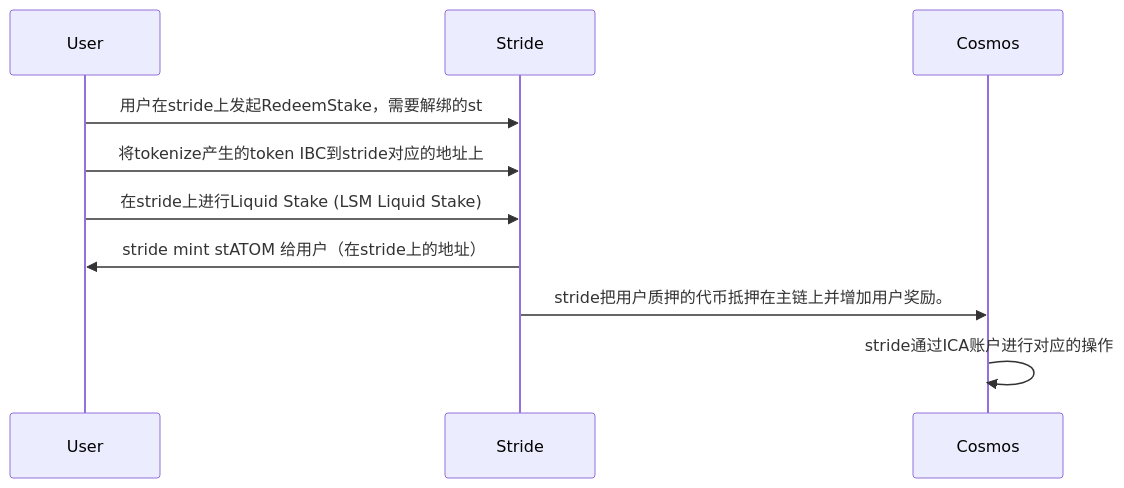
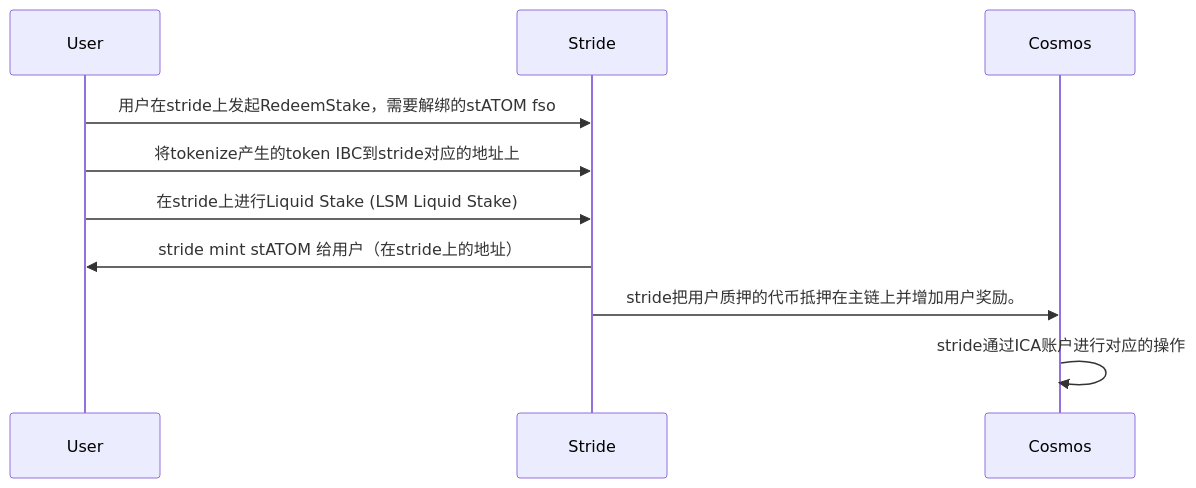
The diagram in all/unbonding.md (yingjianzh/iodraw-files), drawn with Mermaid before and after one commit.

Commit message:
2024-03-28 15:01:40 update

````diff
--- a/all/unbonding.md
+++ b/all/unbonding.md
@@ -1,9 +1,9 @@
 ```mermaid
 sequenceDiagram
-    User->>Stride: 用户在stride上发起RedeemStake，需要解绑的st
+    User->>Stride: 用户在stride上发起RedeemStake，需要解绑的stATOM fso
     User->>Stride: 将tokenize产生的token IBC到stride对应的地址上
     User->>Stride: 在stride上进行Liquid Stake (LSM Liquid Stake)
     Stride->>User: stride mint stATOM 给用户（在stride上的地址）
     Stride->>Cosmos: stride把用户质押的代币抵押在主链上并增加用户奖励。
     Cosmos->>Cosmos: stride通过ICA账户进行对应的操作
 ```
````
